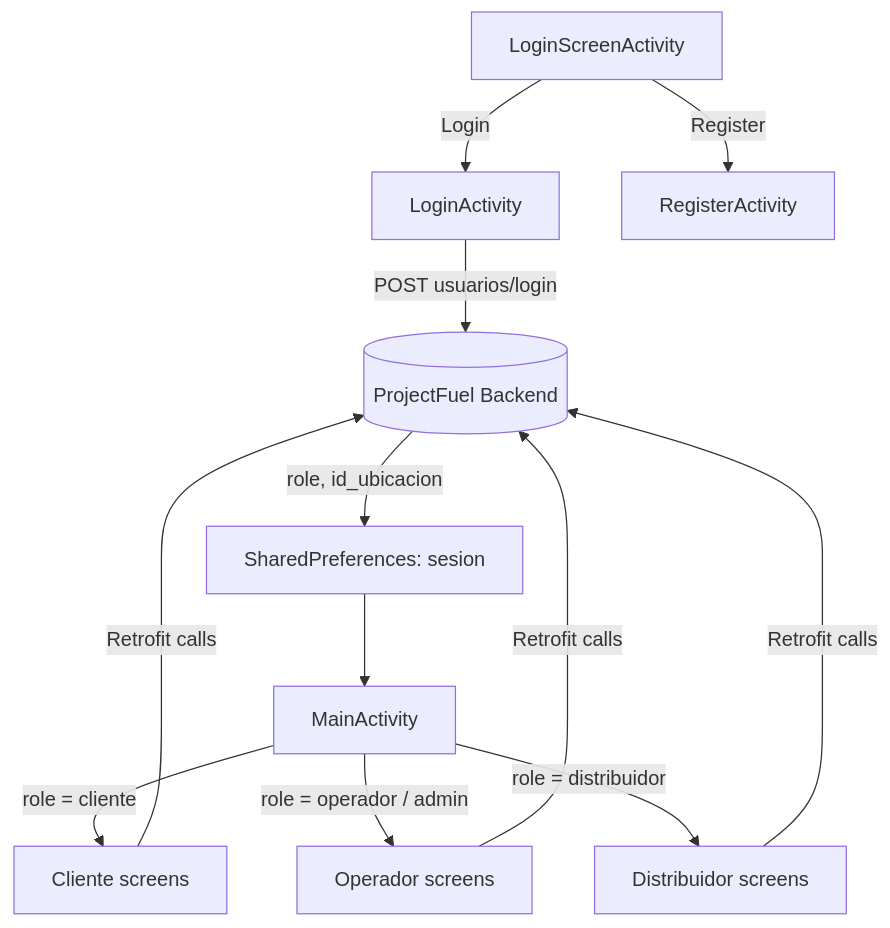
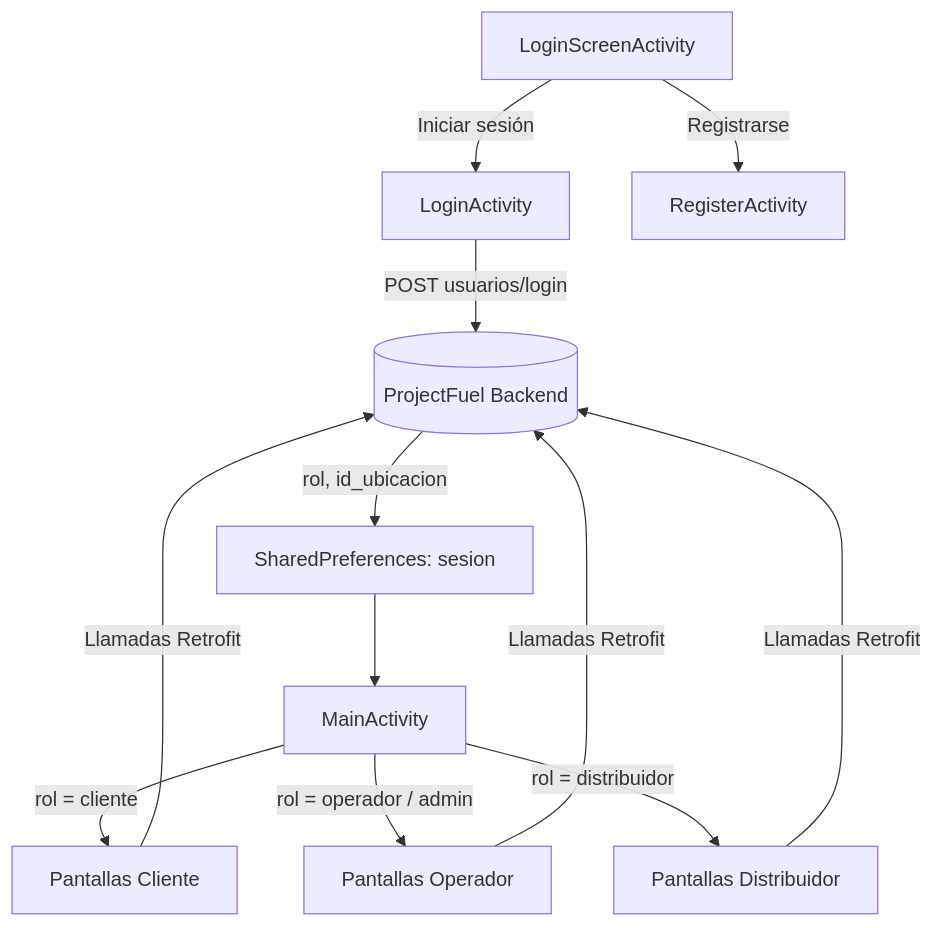
One commit to juandiegogalindo/ProjectFuel-Frontend changed the diagram in README.md. Above: the diagram before and after it, drawn with Mermaid. The commit also changed other lines of this file, not shown here.

````diff
--- a/README.md
+++ b/README.md
@@ -52,12 +52,12 @@
 ```mermaid
 flowchart TD
-    A[LoginScreenActivity] -->|Login| B[LoginActivity]
-    A -->|Register| C[RegisterActivity]
+    A[LoginScreenActivity] -->|Iniciar sesión| B[LoginActivity]
+    A -->|Registrarse| C[RegisterActivity]
     B -->|POST usuarios/login| D[(ProjectFuel Backend)]
-    D -->|role, id_ubicacion| E[SharedPreferences: sesion]
+    D -->|rol, id_ubicacion| E[SharedPreferences: sesion]
     E --> F[MainActivity]
-    F -->|role = cliente| G[Cliente screens]
-    F -->|role = operador / admin| H[Operador screens]
-    F -->|role = distribuidor| I[Distribuidor screens]
-    G & H & I -->|Retrofit calls| D
+    F -->|rol = cliente| G[Pantallas Cliente]
+    F -->|rol = operador / admin| H[Pantallas Operador]
+    F -->|rol = distribuidor| I[Pantallas Distribuidor]
+    G & H & I -->|Llamadas Retrofit| D
 ```
````
